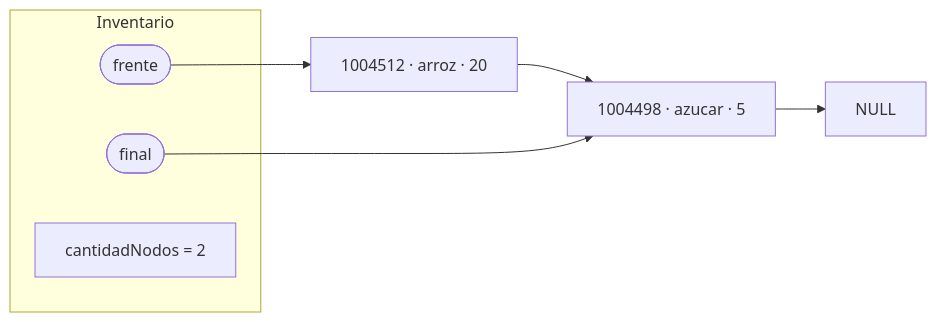
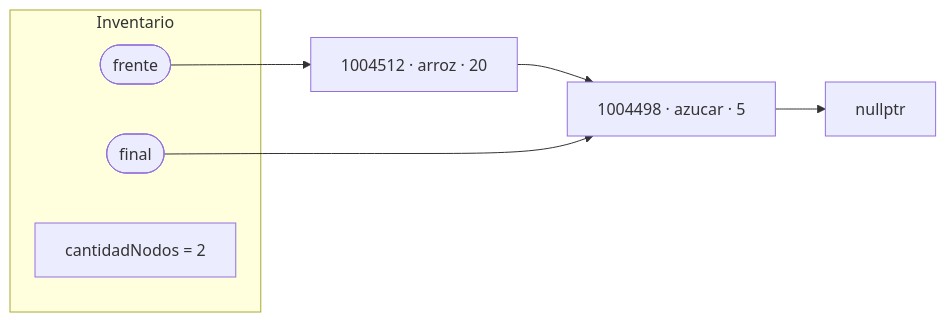
One commit to pipedu26/estr-2026-2-proyecto changed the diagram in docs/informe-avance.md. Above: the diagram before and after it, drawn with Mermaid. The commit also changed other lines of this file, not shown here.

````diff
--- a/docs/informe-avance.md
+++ b/docs/informe-avance.md
@@ -40,12 +45,12 @@
 ```mermaid
 flowchart LR
   subgraph Inventario
     fr(["frente"])
     fi(["final"])
     cn["cantidadNodos = 2"]
   end
   fr --> n1["1004512 · arroz · 20"]
   n1 --> n2["1004498 · azucar · 5"]
-  n2 --> nil["NULL"]
+  n2 --> nil["nullptr"]
   fi --> n2
 ```
````
